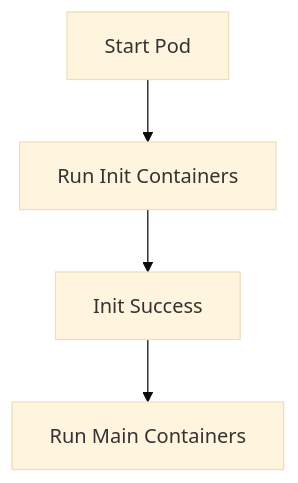
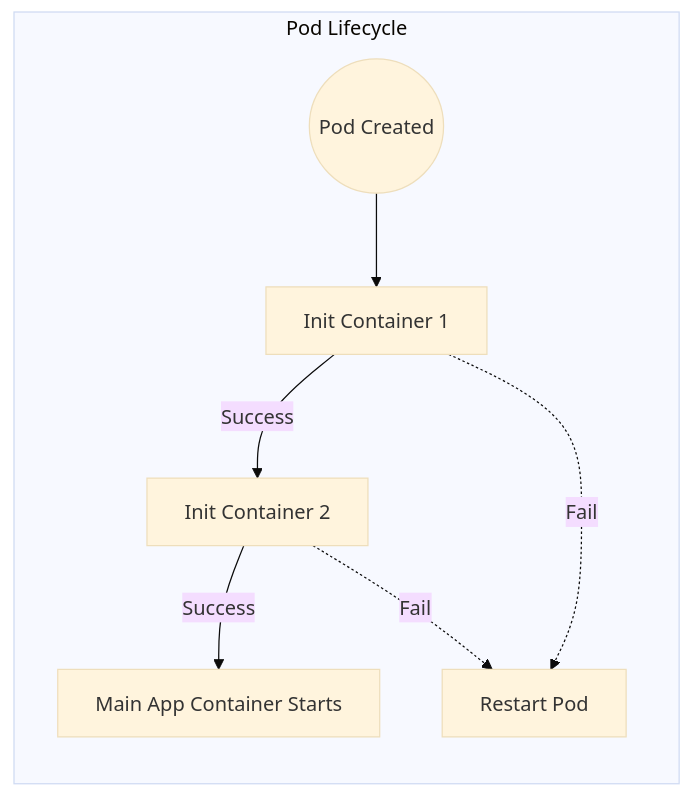
The diagram in docs/init-containers.md (Braundo/kubernetes-guide), drawn with Mermaid (base theme) before and after one commit. The commit also changed other lines of this file and 75 other files, not shown here.

````diff
--- a/docs/init-containers.md
+++ b/docs/init-containers.md
@@ -24,12 +23,11 @@
 ```mermaid
-flowchart TD
-  start_pod --> init_containers
-  init_containers --> init_success
-  init_success --> main_containers
-
-  start_pod[Start Pod]
-  init_containers[Run Init Containers]
-  init_success[Init Success]
-  main_containers[Run Main Containers]
-
+graph LR
+    subgraph "Pod Lifecycle"
+    Start((Pod Created)) --> Init1[Init Container 1]
+    Init1 -->|Success| Init2[Init Container 2]
+    Init2 -->|Success| Main[Main App Container Starts]
+    
+    Init1 -.->|Fail| Restart[Restart Pod]
+    Init2 -.->|Fail| Restart
+    end
 ```
````
